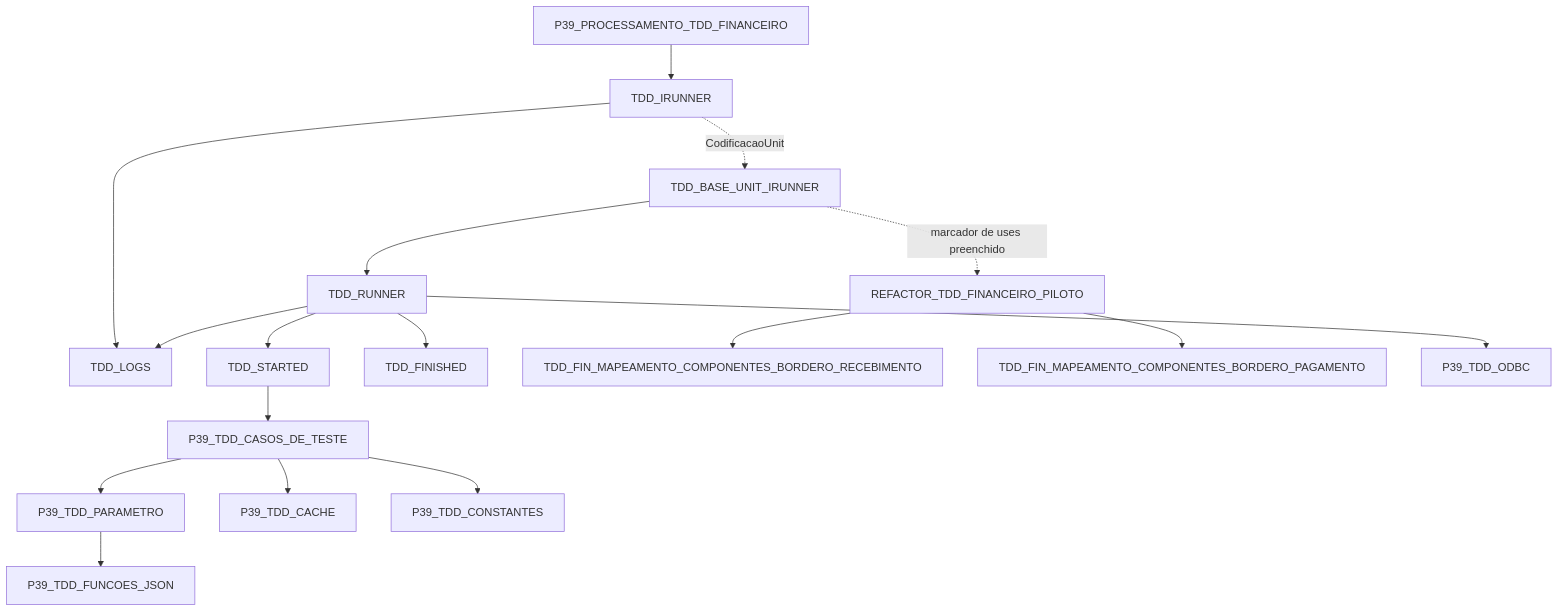
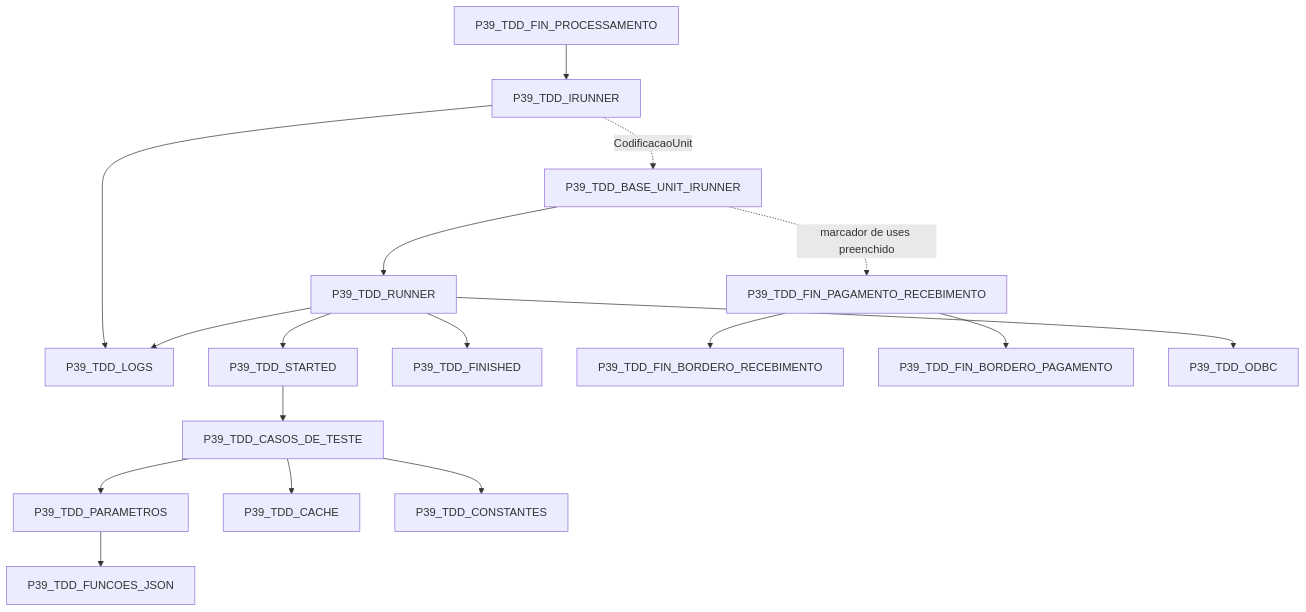
One commit to ModulosTestesAutomatizados/TestesAutomatizadosERP changed the diagram in docs/MAPEAMENTO_AST_USES_UNITS/piloto-financeiro/dependencias.md. Above: the diagram before and after it, drawn with Mermaid. The commit also changed other lines of this file and 79 other files, not shown here.

````diff
--- a/docs/MAPEAMENTO_AST_USES_UNITS/piloto-financeiro/dependencias.md
+++ b/docs/MAPEAMENTO_AST_USES_UNITS/piloto-financeiro/dependencias.md
@@ -5,19 +5,19 @@
 ```mermaid
 flowchart TD
-    PROC[P39_PROCESSAMENTO_TDD_FINANCEIRO] --> IR[TDD_IRUNNER]
-    IR --> LOG[TDD_LOGS]
-    IR -. CodificacaoUnit .-> BASE[TDD_BASE_UNIT_IRUNNER]
-    BASE --> RUNNER[TDD_RUNNER]
-    BASE -. marcador de uses preenchido .-> PILOTO[REFACTOR_TDD_FINANCEIRO_PILOTO]
-    RUNNER --> START[TDD_STARTED]
-    RUNNER --> FIN[TDD_FINISHED]
-    RUNNER --> LOG[TDD_LOGS]
-    PILOTO --> RECEBE[TDD_FIN_MAPEAMENTO_COMPONENTES_BORDERO_RECEBIMENTO]
-    PILOTO --> PAGA[TDD_FIN_MAPEAMENTO_COMPONENTES_BORDERO_PAGAMENTO]
+    PROC[P39_TDD_FIN_PROCESSAMENTO] --> IR[P39_TDD_IRUNNER]
+    IR --> LOG[P39_TDD_LOGS]
+    IR -. CodificacaoUnit .-> BASE[P39_TDD_BASE_UNIT_IRUNNER]
+    BASE --> RUNNER[P39_TDD_RUNNER]
+    BASE -. marcador de uses preenchido .-> PILOTO[P39_TDD_FIN_PAGAMENTO_RECEBIMENTO]
+    RUNNER --> START[P39_TDD_STARTED]
+    RUNNER --> FIN[P39_TDD_FINISHED]
+    RUNNER --> LOG[P39_TDD_LOGS]
+    PILOTO --> RECEBE[P39_TDD_FIN_BORDERO_RECEBIMENTO]
+    PILOTO --> PAGA[P39_TDD_FIN_BORDERO_PAGAMENTO]
     START --> CASOS[P39_TDD_CASOS_DE_TESTE]
-    CASOS --> PARAM[P39_TDD_PARAMETRO]
+    CASOS --> PARAM[P39_TDD_PARAMETROS]
     CASOS --> CACHE[P39_TDD_CACHE]
     CASOS --> CONST[P39_TDD_CONSTANTES]
     PARAM --> JSON[P39_TDD_FUNCOES_JSON]
     RUNNER --> ODBC[P39_TDD_ODBC]
 ```
````
